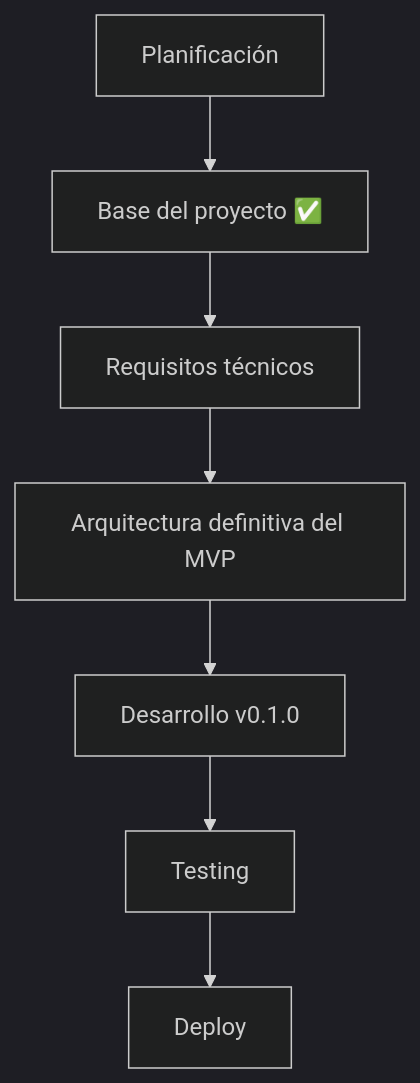
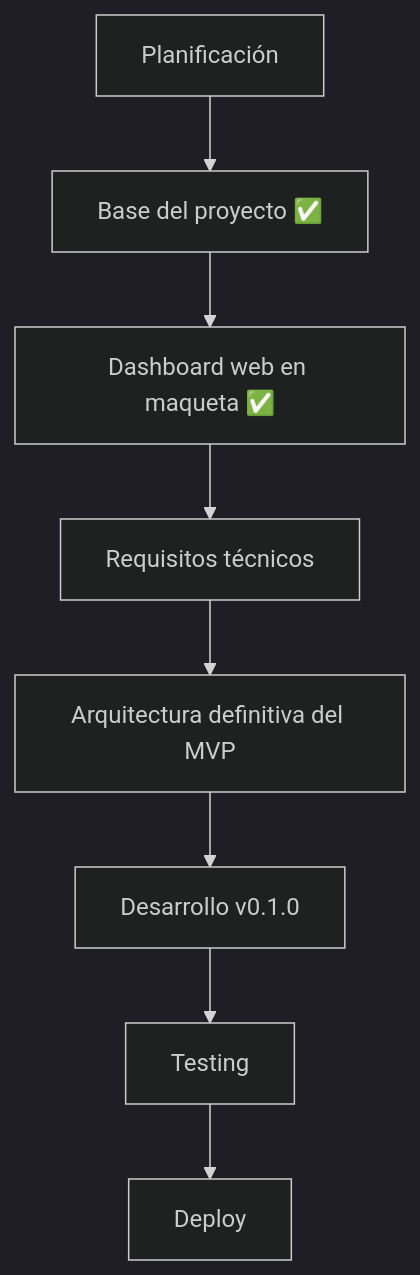
One commit to NetSent3301/ProjectLumina changed the diagram in docs/estado-actual.md. Above: the diagram before and after it, drawn with Mermaid (dark theme). The commit also changed other lines of this file and 22 other files, not shown here.

````diff
--- a/docs/estado-actual.md
+++ b/docs/estado-actual.md
@@ -19,9 +19,10 @@
 ```mermaid
 flowchart TD
     A[Planificación] --> B[Base del proyecto ✅]
-    B --> C[Requisitos técnicos]
-    C --> D[Arquitectura definitiva del MVP]
-    D --> E[Desarrollo v0.1.0]
-    E --> F[Testing]
-    F --> G[Deploy]
+    B --> C[Dashboard web en maqueta ✅]
+    C --> D[Requisitos técnicos]
+    D --> E[Arquitectura definitiva del MVP]
+    E --> F[Desarrollo v0.1.0]
+    F --> G[Testing]
+    G --> H[Deploy]
 ```
````
